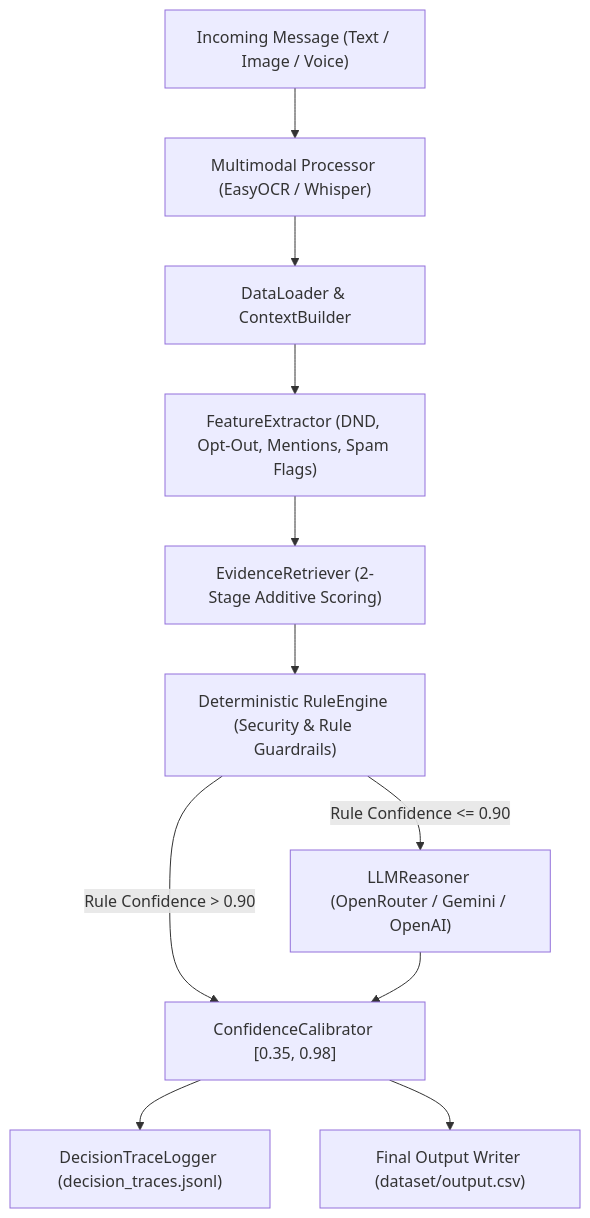
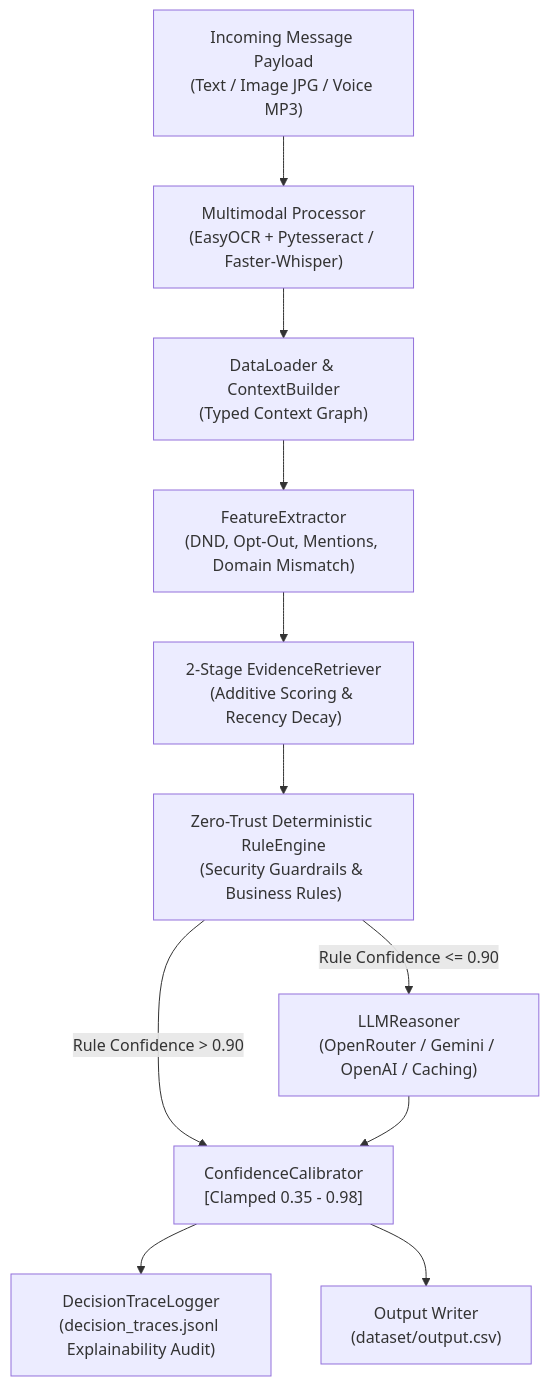
Before and after one commit to rshamith777-cpu/messagepilot-ai: the first of 2 diagrams in hackerrank-orchestrate-august26-main/README.md, drawn with Mermaid. The commit also changed other lines of this file and 1 other file, not shown here.

Commit message:
MessagePilot AI Official Release

````diff
--- a/hackerrank-orchestrate-august26-main/README.md
+++ b/hackerrank-orchestrate-august26-main/README.md
@@ -33,15 +48,15 @@
 ```mermaid
 flowchart TD
-    A["Incoming Message (Text / Image / Voice)"] --> B["Multimodal Processor (EasyOCR / Whisper)"]
-    B --> C["DataLoader & ContextBuilder"]
-    C --> D["FeatureExtractor (DND, Opt-Out, Mentions, Spam Flags)"]
-    D --> E["EvidenceRetriever (2-Stage Additive Scoring)"]
-    E --> F["Deterministic RuleEngine (Security & Rule Guardrails)"]
+    A["Incoming Message Payload<br/>(Text / Image JPG / Voice MP3)"] --> B["Multimodal Processor<br/>(EasyOCR + Pytesseract / Faster-Whisper)"]
+    B --> C["DataLoader & ContextBuilder<br/>(Typed Context Graph)"]
+    C --> D["FeatureExtractor<br/>(DND, Opt-Out, Mentions, Domain Mismatch)"]
+    D --> E["2-Stage EvidenceRetriever<br/>(Additive Scoring & Recency Decay)"]
+    E --> F["Zero-Trust Deterministic RuleEngine<br/>(Security Guardrails & Business Rules)"]
     
-    F -->|Rule Confidence > 0.90| H["ConfidenceCalibrator [0.35, 0.98]"]
-    F -->|Rule Confidence <= 0.90| G["LLMReasoner (OpenRouter / Gemini / OpenAI)"]
+    F -->|Rule Confidence > 0.90| H["ConfidenceCalibrator<br/>[Clamped 0.35 - 0.98]"]
+    F -->|Rule Confidence <= 0.90| G["LLMReasoner<br/>(OpenRouter / Gemini / OpenAI / Caching)"]
     G --> H
     
-    H --> I["DecisionTraceLogger (decision_traces.jsonl)"]
-    H --> J["Final Output Writer (dataset/output.csv)"]
+    H --> I["DecisionTraceLogger<br/>(decision_traces.jsonl Explainability Audit)"]
+    H --> J["Output Writer<br/>(dataset/output.csv)"]
 ```
````
